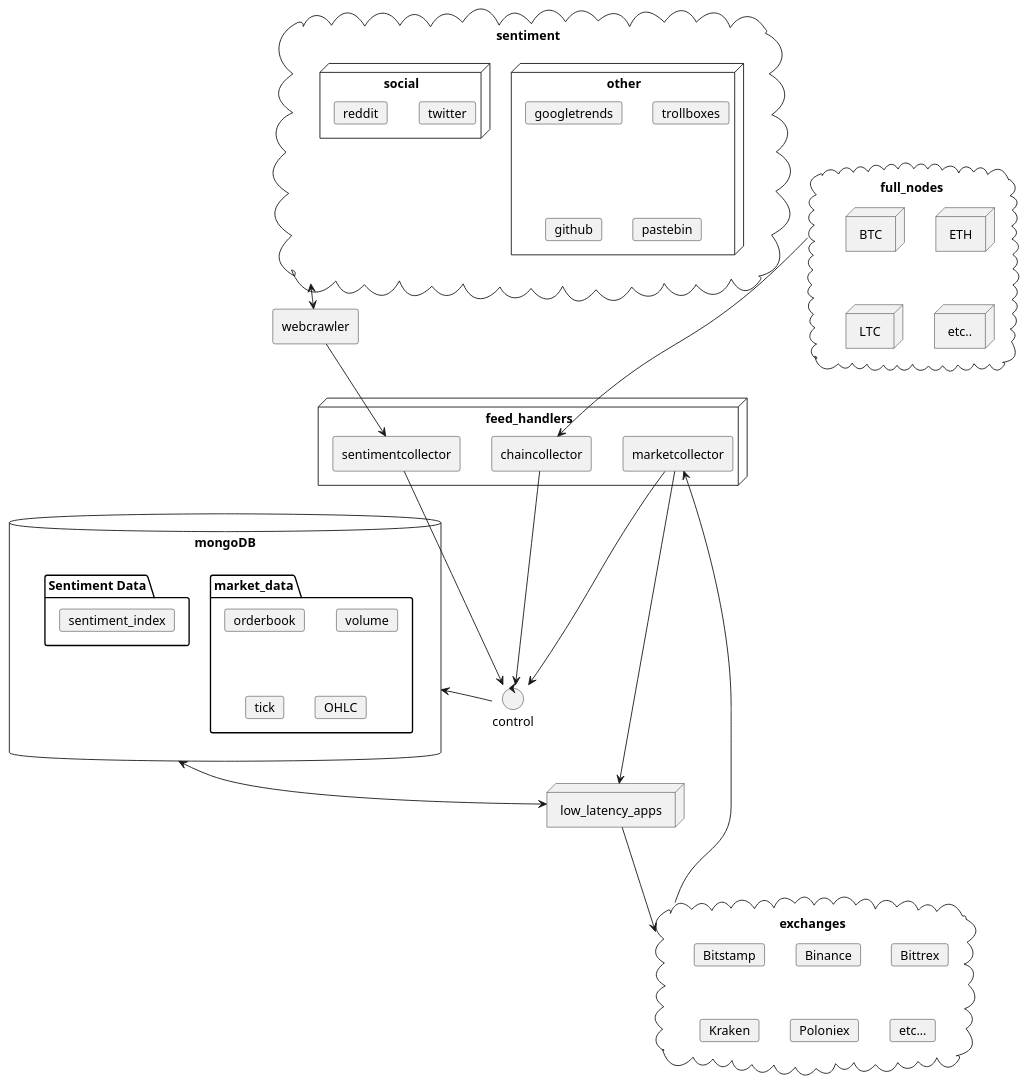
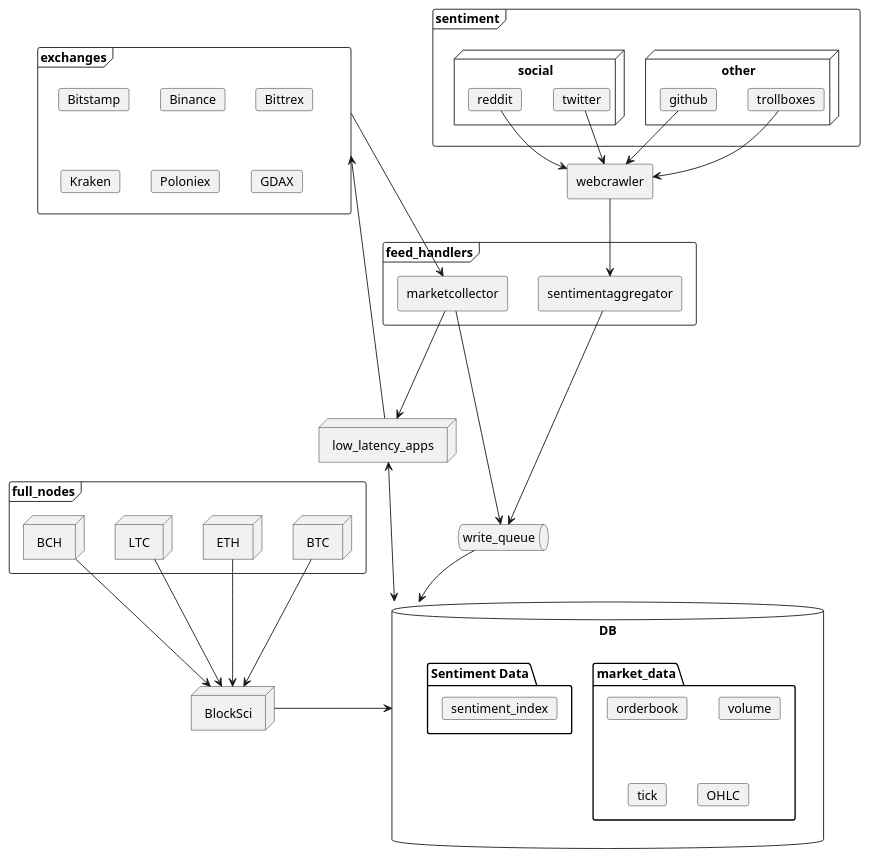
Before and after one commit to carpntr/cda: the diagram in dashboard/architecture.puml, drawn with PlantUML. The commit also changed 4 other files, not shown here.

Commit message:
Update UML, change default tickers

```diff
--- a/dashboard/architecture.puml
+++ b/dashboard/architecture.puml
@@ -1,77 +1,74 @@
 @startuml
+node low_latency_apps
+queue write_queue
+node BlockSci
 
-node feed_handlers {
-    agent sentimentcollector
+frame feed_handlers {
+    agent sentimentaggregator
     agent marketcollector
-    agent chaincollector
 }
 
-database mongoDB {
+database DB {
   folder market_data {
     card orderbook
     card volume
     card tick
     card OHLC
   }
   folder "Sentiment Data" {
     card sentiment_index
   }
 }
 
-cloud sentiment {
+agent webcrawler
+frame sentiment {
     node other {
-        card googletrends
         card trollboxes
         card github
-        card pastebin
     }
     node social {
         card twitter
         card reddit
     }
+    trollboxes --> webcrawler
+    github --> webcrawler
+    twitter --> webcrawler
+    reddit --> webcrawler
 }
+webcrawler --> sentimentaggregator
+sentimentaggregator --> write_queue
 
-cloud "exchanges" {
+
+frame exchanges {
   card Bitstamp
   card Binance
   card Bittrex
   card Kraken
   card Poloniex
-  card etc...
+  card GDAX
 }
+exchanges ---> marketcollector
+marketcollector ----> write_queue
+write_queue --> DB
+marketcollector ---> low_latency_apps
+low_latency_apps <--> DB
+low_latency_apps --> exchanges
 
-cloud full_nodes {
+
+frame full_nodes {
     node BTC
     node ETH
     node LTC
-    node etc..
+    node BCH
+
+    BTC --> BlockSci
+    LTC --> BlockSci
+    ETH --> BlockSci
+    BCH --> BlockSci
 }
-
-'node higher_latency_apps
-'higher_latency_apps --> exchanges
-'mongoDB ---> higher_latency_apps
+BlockSci ---right-> DB
 
 
-node low_latency_apps
-marketcollector ----> low_latency_apps
-low_latency_apps ---> exchanges
-mongoDB <---> low_latency_apps
-
-agent webcrawler
-sentiment <---> webcrawler
-webcrawler --> sentimentcollector
-
-control control
-control ---> mongoDB
-chaincollector ---> control
-sentimentcollector ---> control
-marketcollector ---> control
-
-
-full_nodes ---> chaincollector
-
-
-exchanges -> marketcollector
 
 
 @enduml
```
